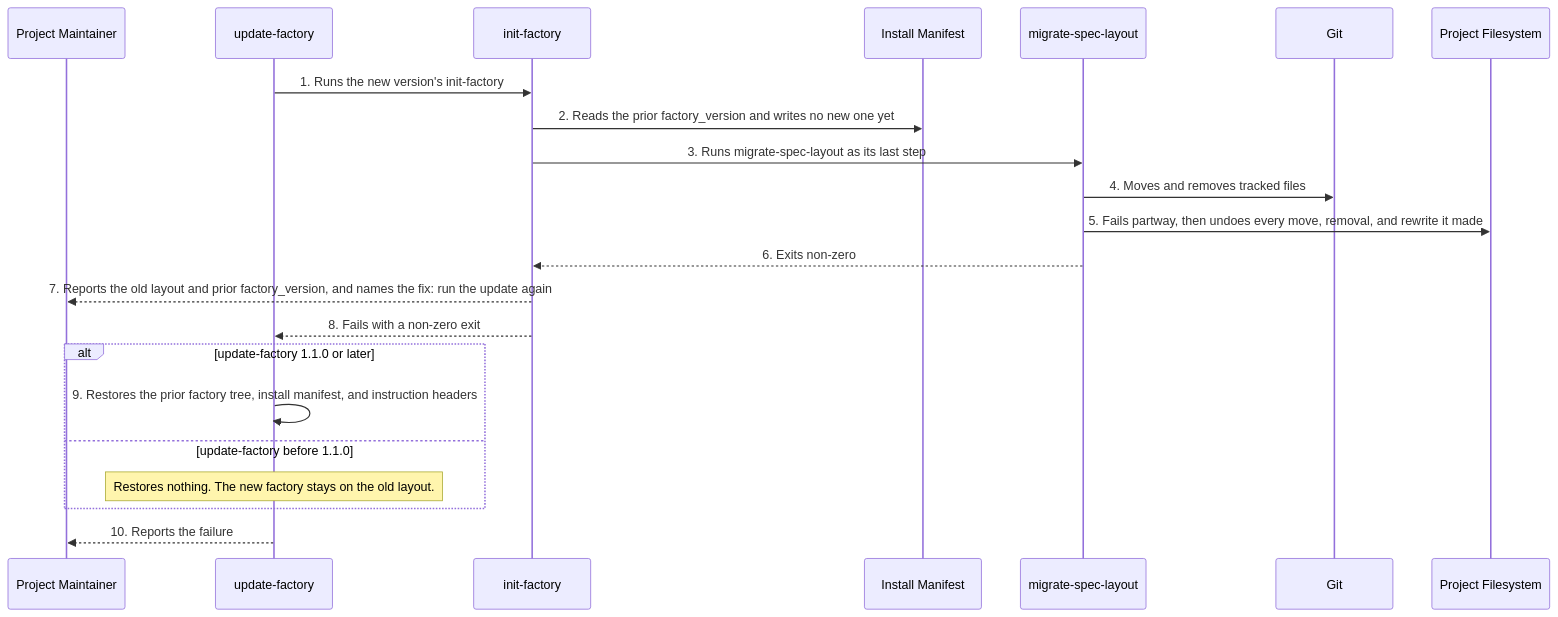
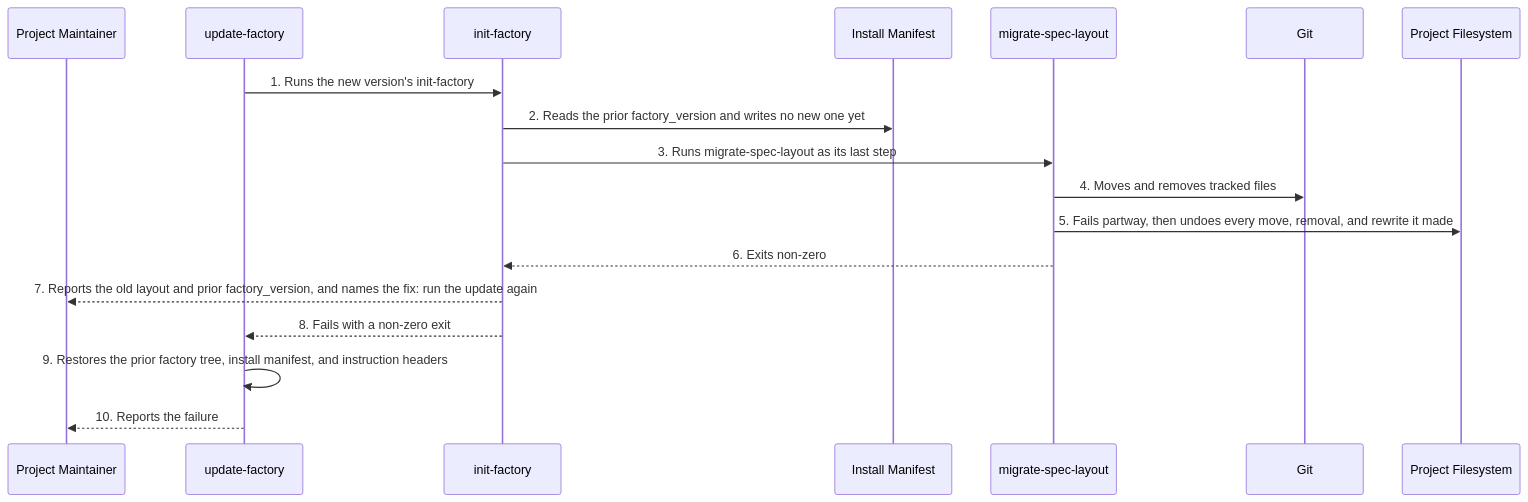
One commit to matthiasdaues/agent_factory changed diagram 19 of 19 in docs/arc42/06_runtime_view.md. Above: the diagram before and after it, drawn with Mermaid. The commit also changed other lines of this file and 38 other files, not shown here.

````diff
--- a/docs/arc42/06_runtime_view.md
+++ b/docs/arc42/06_runtime_view.md
@@ -630,25 +629,21 @@
 ```mermaid
 sequenceDiagram
     participant M as Project Maintainer
     participant UF as update-factory
     participant IF as init-factory
     participant IM as Install Manifest
     participant MSL as migrate-spec-layout
     participant G as Git
     participant PF as Project Filesystem
 
     UF->>IF: 1. Runs the new version's init-factory
     IF->>IM: 2. Reads the prior factory_version and writes no new one yet
     IF->>MSL: 3. Runs migrate-spec-layout as its last step
     MSL->>G: 4. Moves and removes tracked files
     MSL->>PF: 5. Fails partway, then undoes every move, removal, and rewrite it made
     MSL-->>IF: 6. Exits non-zero
     IF-->>M: 7. Reports the old layout and prior factory_version, and names the fix: run the update again
     IF-->>UF: 8. Fails with a non-zero exit
-    alt update-factory 1.1.0 or later
-        UF->>UF: 9. Restores the prior factory tree, install manifest, and instruction headers
-    else update-factory before 1.1.0
-        Note over UF: Restores nothing. The new factory stays on the old layout.
-    end
+    UF->>UF: 9. Restores the prior factory tree, install manifest, and instruction headers
     UF-->>M: 10. Reports the failure
 ```
````
